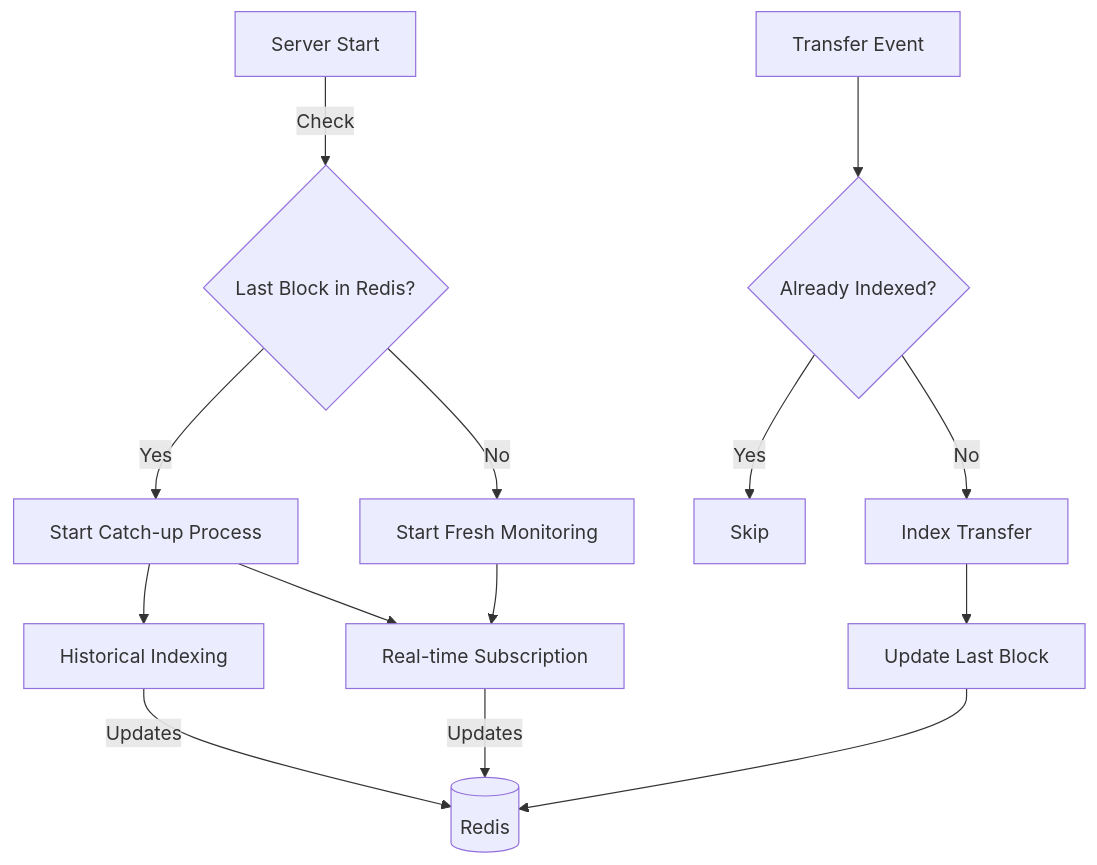
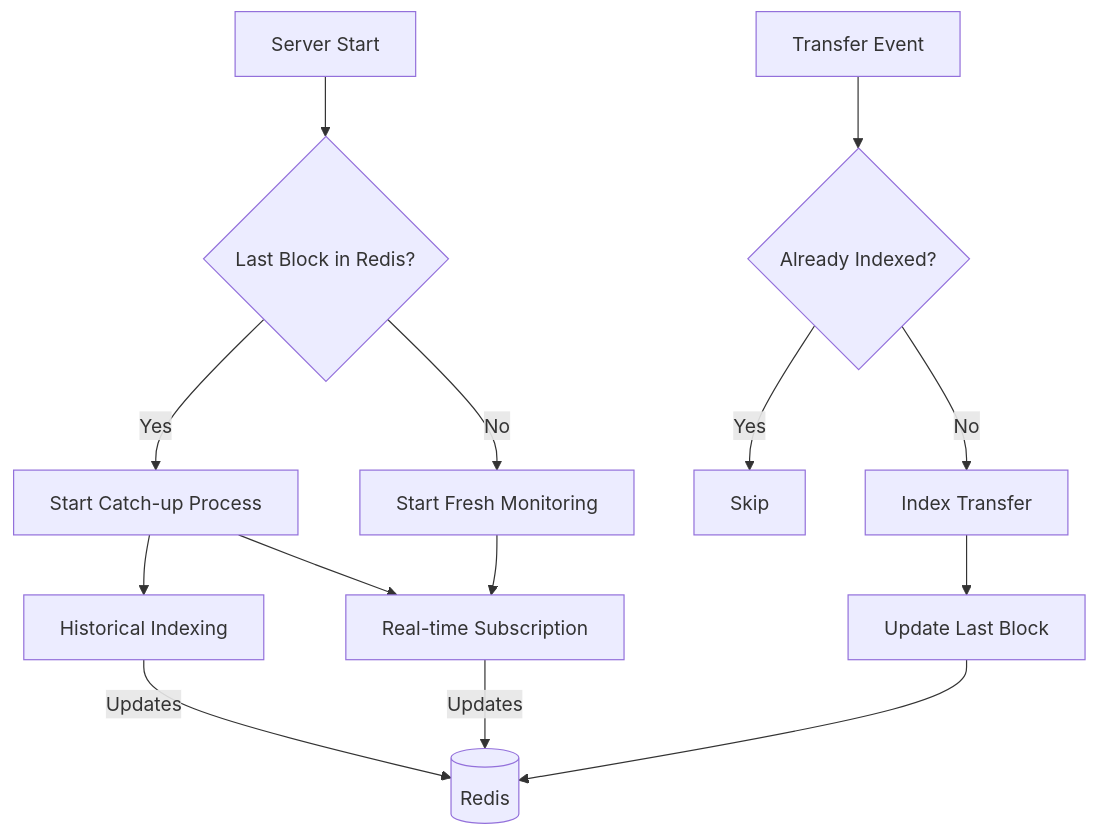
One commit to QuintinMakwe/avalanche-usdc-analyzer changed the second of 2 diagrams in README.md. Above: the diagram before and after it, drawn with Mermaid.

Commit message:
fix: resolved syntax error in readme

````diff
--- a/README.md
+++ b/README.md
@@ -180,16 +180,19 @@
 ```mermaid
 graph TD
-    A[Server Start] -->|Check| B{Last Block in Redis?}
+    A[Server Start] --> B{Last Block in Redis?}
     B -->|Yes| C[Start Catch-up Process]
     B -->|No| D[Start Fresh Monitoring]
+    
     C --> E[Historical Indexing]
     D --> F[Real-time Subscription]
     C --> F
+    
     E -->|Updates| G[(Redis)]
     F -->|Updates| G
+    
     H[Transfer Event] --> I{Already Indexed?}
     I -->|Yes| J[Skip]
     I -->|No| K[Index Transfer]
     K --> L[Update Last Block]
     L --> G
 ```
````
